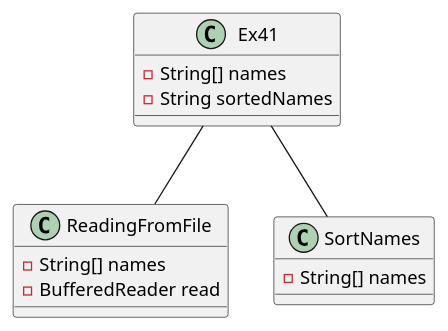
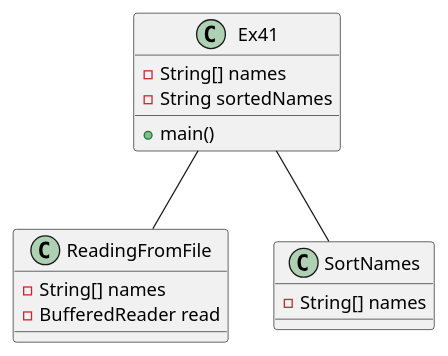
Before and after one commit to Kmullens1/mullens-cop3330-assignment3: the diagram in src/main/java/oop/example/Ex41/Ex41_UML.puml, drawn with PlantUML. The commit also changed 4 other files, not shown here.

Commit message:
Ex44 - UML Updated - Runs, but incorrectly

```diff
--- a/src/main/java/oop/example/Ex41/Ex41_UML.puml
+++ b/src/main/java/oop/example/Ex41/Ex41_UML.puml
@@ -1,21 +1,22 @@
 @startuml
 'https://plantuml.com/sequence-diagram
 
 class Ex41{
     -String[] names
     -String sortedNames
+    +main()
 }
 
 class ReadingFromFile{
     -String[] names
     -BufferedReader read
 
 }
 
 class SortNames{
     -String[] names
 }
 
 Ex41 -- ReadingFromFile
 Ex41 -- SortNames
 @enduml
```
